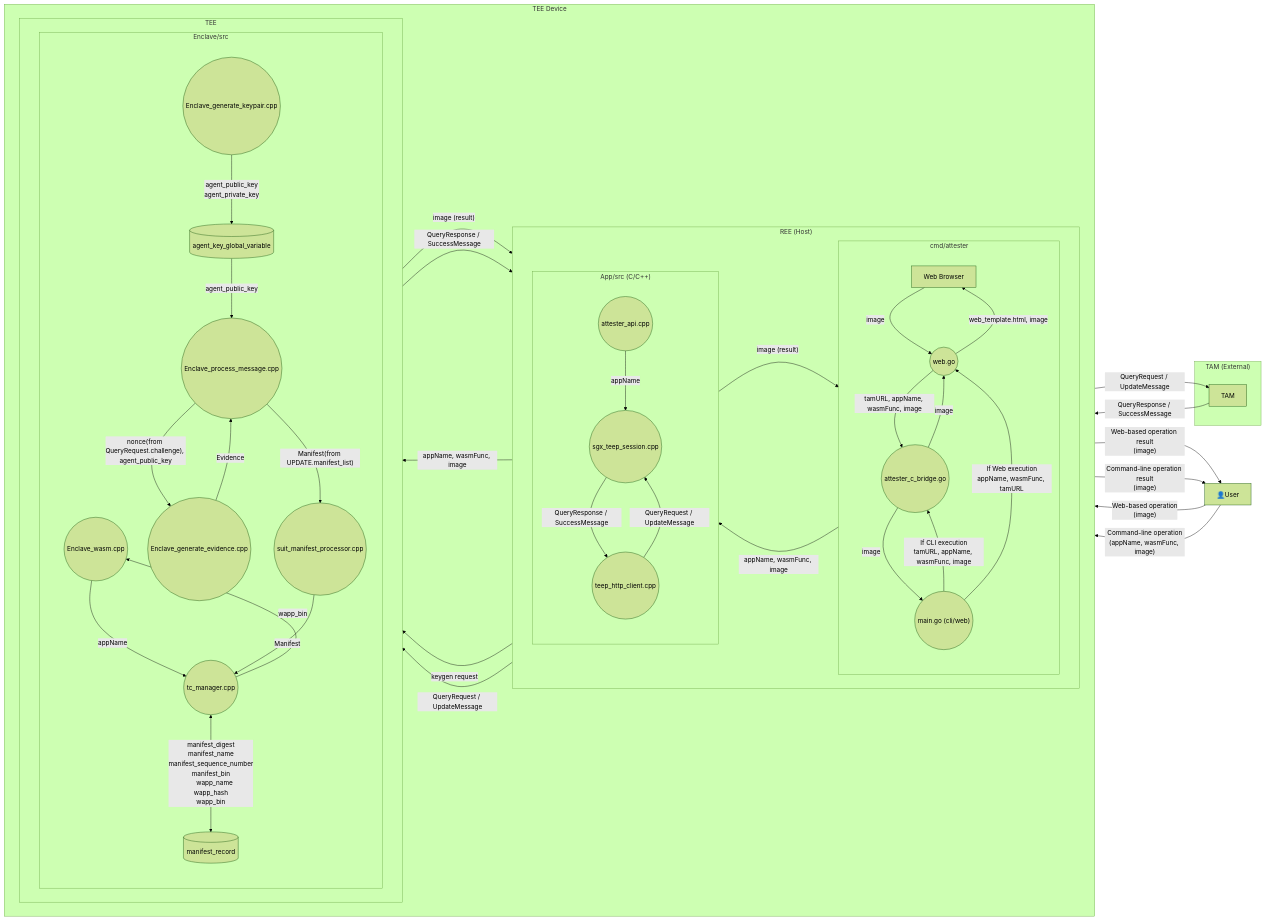
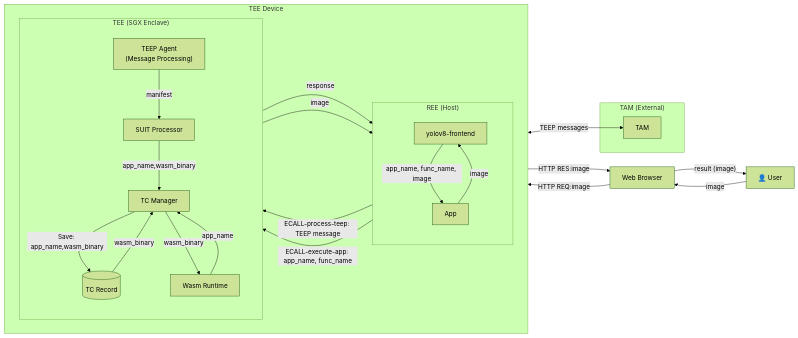
Before and after one commit to yuma-nishi/taws: the diagram in doc/InternalDesignDocument.md, drawn with Mermaid (forest theme). The commit also changed other lines of this file and 18 other files, not shown here.

````diff
--- a/doc/InternalDesignDocument.md
+++ b/doc/InternalDesignDocument.md
@@ -23,107 +23,59 @@
 ```mermaid
 flowchart LR
 
-%% ================= External =================
-User["👤User"]
-Browser[Web Browser]
+%% =============== External ===============
+User["👤 User"]
+Browser["Web Browser"]
 
 subgraph TAM["TAM (External)"]
-  TAMNode[TAM]
+  TAMNode["TAM"]
 end
 
-User -->|"Web-based operation<br/>(image)"| Browser
-Browser -->|"Web-based operation result<br/>(image)"| User
-
-User -->|"Command-line operation<br/>(appName, wasmFunc, image)"| go_main
-go_main -->|"Command-line operation result<br/>(image)"| User
-
-
-%% ================= TEE Device =================
+%% =============== TEE Device ===============
 subgraph Device["TEE Device"]
 direction LR
 
-  %% ================= REE =================
+  %% ---- REE ----
   subgraph REE["REE (Host)"]
-  direction LR
-
-    %% ---- cmd/attester  ----
-    subgraph cgo["cmd/attester"]
-    direction TB
-      go_main(("main.go (cli/web)"))
-      go_web(("web.go"))
-      go_bridge(("attester_c_bridge.go"))
-
-      go_main -->|"If CLI execution<br/>tamURL, appName, wasmFunc, image"| go_bridge
-      go_main -->|"If Web execution<br/>appName, wasmFunc, tamURL"| go_web
-
-      go_web -->|"tamURL, appName, wasmFunc, image"| go_bridge
-      go_bridge -->|"image"| go_web
-
-      Browser -->|"image"| go_web
-      go_web -->|"web_template.html, image"| Browser
-
-      go_bridge -->|"image"| go_main
-    end
-
-    %% ---- App/src ----
-    subgraph CApp["App/src (C/C++)"]
-    direction TB
-      c_api(("attester_api.cpp"))
-      teep_session(("sgx_teep_session.cpp"))
-      teep_http(("teep_http_client.cpp"))
-    end
-
+  direction TB
+    Cmd["yolov8-frontend"]
+    App["App"]
   end
 
-  %% ================= TEE =================
-  subgraph TEE["TEE"]
-  direction LR
-    subgraph EnclaveSide["Enclave/src"]
-    direction TB
-      E_wasm(("Enclave_wasm.cpp"))
-      E_keygen(("Enclave_generate_keypair.cpp"))
-      E_keygen_record[(agent_key_global_variable)]
-      E_teep(("Enclave_process_message.cpp"))
-      E_tc-manager(("tc_manager.cpp"))
-      E_manifest_record[(manifest_record)]
-      E_suit(("suit_manifest_processor.cpp"))
-      E_evidence(("Enclave_generate_evidence.cpp"))
-    end
+  %% ---- TEE ----
+  subgraph TEE["TEE (SGX Enclave)"]
+  direction TB
+    Agent["TEEP Agent<br/>(Message Processing)"]
+    Suit["SUIT Processor"]
+    Tc["TC Manager"]
+    Tc-record[(TC Record)]
+    Wamr["Wasm Runtime"]
   end
-
 end
 
-
-%% ================= WASM invocation path =================
-go_bridge -->|"appName, wasmFunc, image"| c_api
-c_api -->|"appName, wasmFunc, image"| E_wasm
-E_wasm --> |"appName"|E_tc-manager
-E_tc-manager -->|"wapp_bin"|E_wasm
-E_wasm -->|"image (result)"| c_api
-c_api -->|"image (result)"| go_bridge
-
-c_api -->|"keygen request"| E_keygen
-E_keygen -->|"agent_public_key<br/>agent_private_key"| E_keygen_record
-E_keygen_record -->|"agent_public_key"| E_teep
-
-%% ================= TEEP session path =================
-c_api -->|"appName"| teep_session
-
-teep_session -->|"QueryRequest / UpdateMessage"| E_teep
-E_teep -->|"nonce(from QueryRequest.challenge), agent_public_key"| E_evidence
-E_evidence -->|"Evidence"| E_teep
-E_teep -->|"QueryResponse / SuccessMessage"| teep_session
-
-teep_session -->|"QueryResponse / SuccessMessage"| teep_http
-teep_http -->|"QueryRequest / UpdateMessage"| TAMNode
-TAMNode -->|"QueryResponse / SuccessMessage"| teep_http
-teep_http -->|"QueryRequest / UpdateMessage"| teep_session
-
-%% ================= SUIT manifest processing path =================
-E_teep -->|"Manifest(from UPDATE.manifest_list)"| E_suit
-E_suit -->|"Manifest"|E_tc-manager
-E_tc-manager <-->|"manifest_digest<br/>manifest_name<br/>manifest_sequence_number<br/>manifest_bin
-    wapp_name</br>wapp_hash<br/>wapp_bin"| E_manifest_record
+%% =============== User interactions ===============
+User -->|"image"| Browser
+Browser -->|"HTTP REQ:image"| Cmd
 
 
+%% =============== TEEP message flow ===============
+App <-->|"TEEP messages"| TAMNode
+App -->|"ECALL-process-teep: TEEP message"| Agent
+Agent -->|"response"| App
+
+%% =============== SUIT processing flow ===============
+Agent -->|"manifest"| Suit
+Suit -->|"app_name,wasm_binary"| Tc
+Tc -->|"Save: app_name,wasm_binary"| Tc-record
+
+%% =============== Wasm execution (conceptual) ===============
+Cmd -->|"app_name, func_name, image"| App
+App -->|"ECALL-execute-app: app_name, func_name"| Wamr
+Tc-record -->|"wasm_binary"| Tc
+Wamr -->|"app_name"| Tc
+Tc -->|"wasm_binary"| Wamr
+Wamr -->|"image"| App
+App -->|"image"| Cmd
+Cmd -->|"HTTP RES:image"| Browser
+Browser -->|"result (image)"| User
 ```
````
